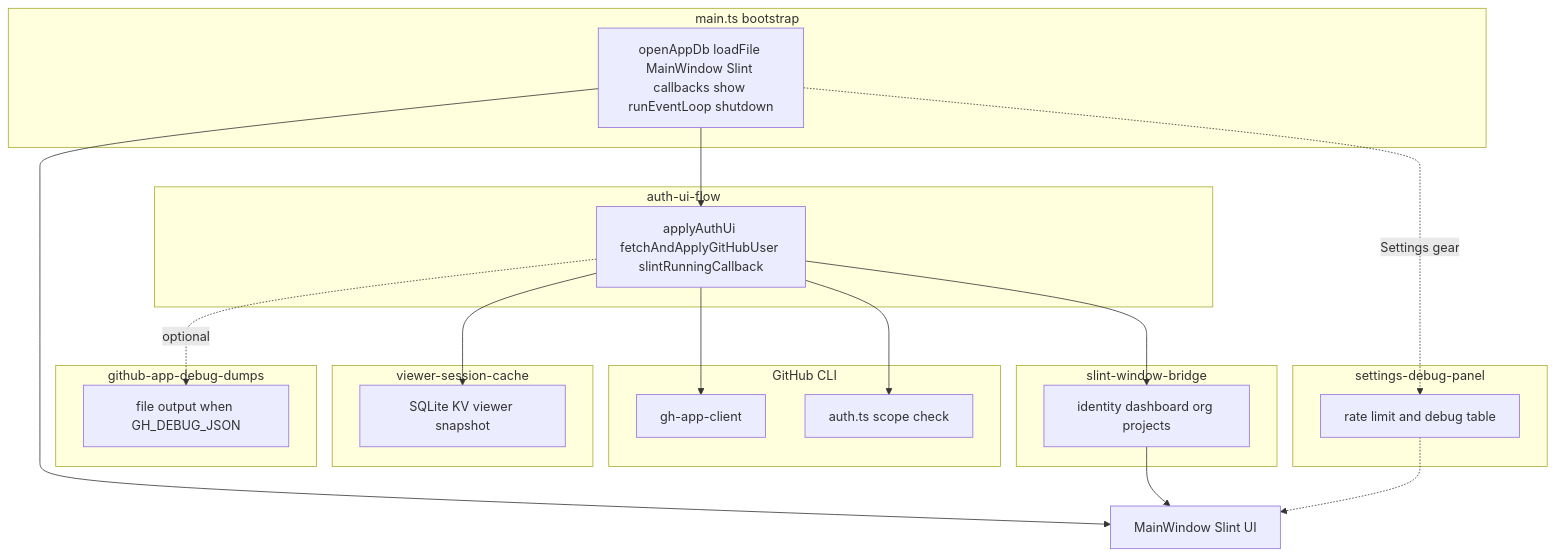
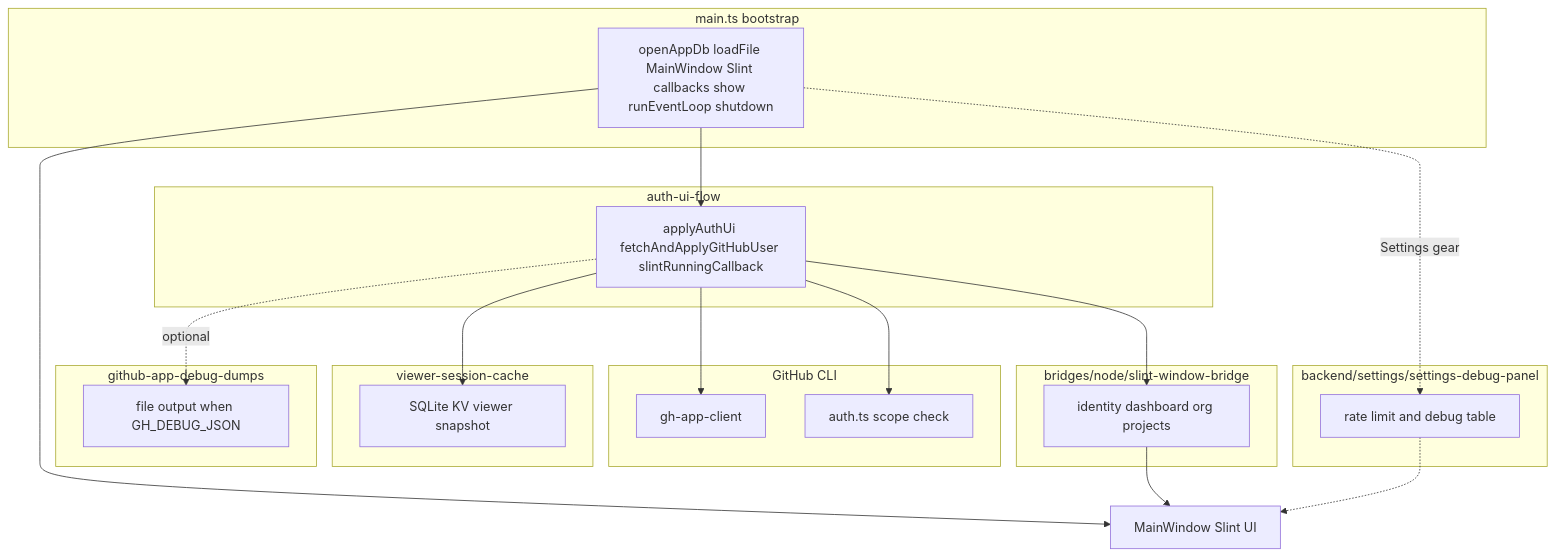
Before and after one commit to NigelBreslaw/slint-ui-for-github-cli: the first of 3 diagrams in README.md, drawn with Mermaid. The commit also changed other lines of this file and 17 other files, not shown here.

Commit message:
Put all bridge files for slint and node in one place

````diff
--- a/README.md
+++ b/README.md
@@ -96,37 +97,37 @@
 ```mermaid
 flowchart TB
   subgraph boot [main.ts bootstrap]
     bootNode[openAppDb loadFile MainWindow Slint callbacks show runEventLoop shutdown]
   end
   subgraph authFlow [auth-ui-flow]
     authNode[applyAuthUi fetchAndApplyGitHubUser slintRunningCallback]
   end
-  subgraph uiBridge [slint-window-bridge]
+  subgraph uiBridge [bridges/node/slint-window-bridge]
     bridgeNode[identity dashboard org projects]
   end
   subgraph ghLayer [GitHub CLI]
     ghClient[gh-app-client]
     ghScopes[auth.ts scope check]
   end
   subgraph session [viewer-session-cache]
     kvNode[SQLite KV viewer snapshot]
   end
   subgraph dbg [github-app-debug-dumps]
     dbgNode[file output when GH_DEBUG_JSON]
   end
-  subgraph setDbg [settings-debug-panel]
+  subgraph setDbg [backend/settings/settings-debug-panel]
     setNode[rate limit and debug table]
   end
   slintWin[MainWindow Slint UI]
 
   bootNode --> slintWin
   bootNode --> authNode
   authNode --> bridgeNode
   authNode --> ghClient
   authNode --> ghScopes
   authNode --> kvNode
   bridgeNode --> slintWin
   authNode -.->|optional| dbgNode
   bootNode -.->|Settings gear| setNode
   setNode -.-> slintWin
 ```
````
